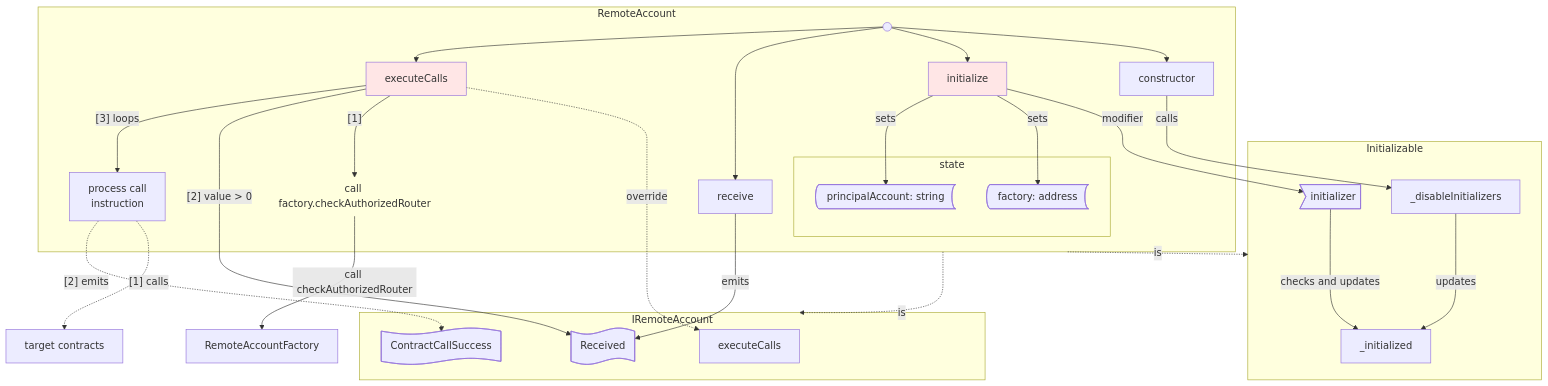
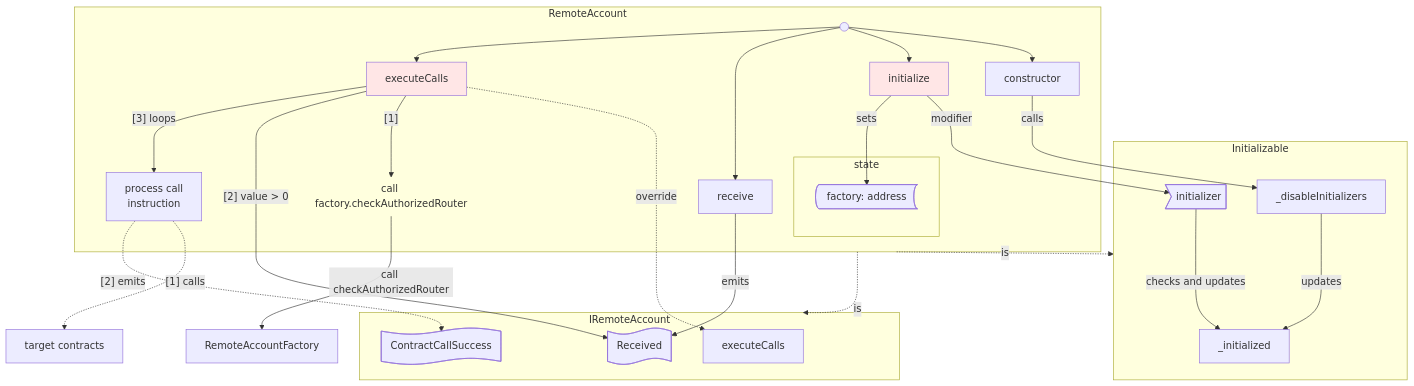
The fourth of 12 diagrams in packages/axelar-local-dev-cosmos/src/contracts/design.md (agoric-labs/agoric-to-axelar-local), drawn with Mermaid before and after one commit. The commit also changed other lines of this file, not shown here.

First line of the commit message:
Revert "chore: fix design doc — update initialize signature and factory constructor diagram"

````diff
--- a/packages/axelar-local-dev-cosmos/src/contracts/design.md
+++ b/packages/axelar-local-dev-cosmos/src/contracts/design.md
@@ -204,61 +204,59 @@
 ```mermaid
 graph TB
     subgraph Initializable
         _initialized
         _disableInitializers
         %% modifiers
         initializer@{shape: odd}
     end
     subgraph IRemoteAccount
         IRemoteAccount_executeCalls[executeCalls]
         %% events
         Received@{shape: flag}
         ContractCallSuccess@{shape: flag}
     end
 
     subgraph RemoteAccount
         START@{shape: start}
         CTOR[constructor]
         initialize
         receive
         executeCalls
         AUTH_CHECK@{shape: text, label: "call factory.checkAuthorizedRouter"}
         CALL["process call<br>instruction"]
         subgraph state
             factory_ref@{shape: stored-data, label: "factory: address"}
-            principalAccount_ref@{shape: stored-data, label: "principalAccount: string"}
         end
     end
 
     EXTERNAL[target contracts]
     FACTORY[RemoteAccountFactory]
 
     %% inheritance
     RemoteAccount -.->|is| Initializable
     RemoteAccount -.->|is| IRemoteAccount
     executeCalls -.->|override| IRemoteAccount_executeCalls
 
     %% operation
     START --> CTOR
     START --> initialize
     START --> receive
     START --> executeCalls
     CTOR -->|calls| _disableInitializers
     initialize -->|modifier| initializer
     initialize -->|sets| factory_ref
-    initialize -->|sets| principalAccount_ref
     executeCalls -->|"[1]"| AUTH_CHECK
     executeCalls -->|"[2] value > 0"| Received
     executeCalls -->|"[3] loops"| CALL
     CALL -.->|"[1] calls"| EXTERNAL
     CALL -.->|"[2] emits"| ContractCallSuccess
     receive -->|"emits"| Received
 
     %% state/dependency access
     AUTH_CHECK -->|call checkAuthorizedRouter| FACTORY
     initializer -->|checks and updates| _initialized
     _disableInitializers -->|updates| _initialized
 
     style executeCalls fill:#ffe6e6
     style initialize fill:#ffe6e6
 ```
````
